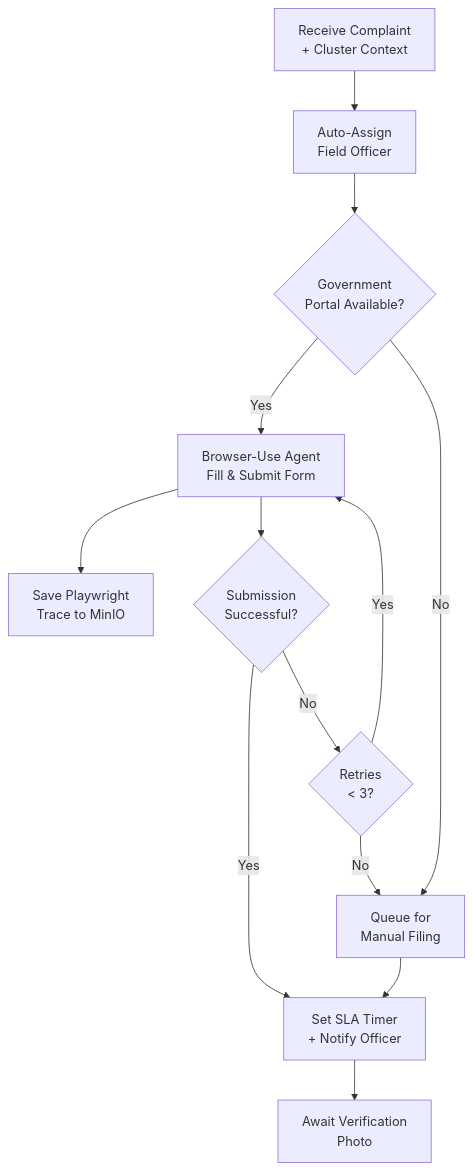
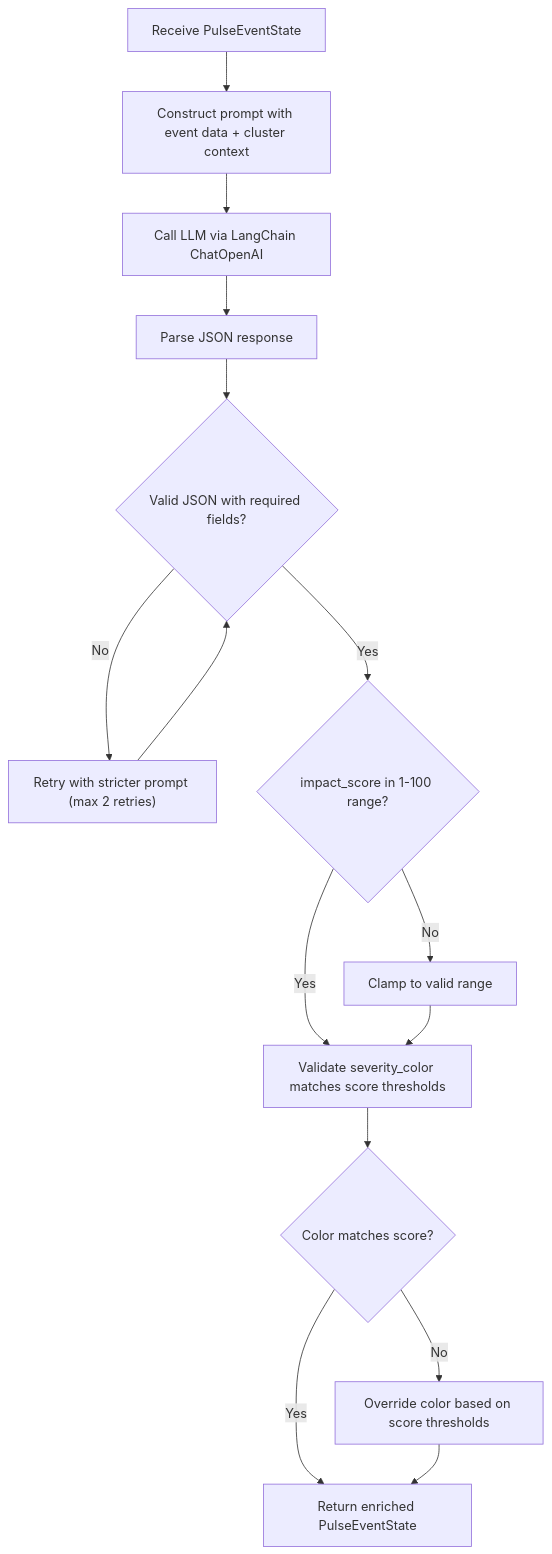
The third of 5 diagrams in docs/AGENT_SWARM.md (emmanuelmj/civix), drawn with Mermaid before and after one commit. The commit also changed other lines of this file and 4 other files, not shown here.

````diff
--- a/docs/AGENT_SWARM.md
+++ b/docs/AGENT_SWARM.md
@@ -245,20 +332,17 @@
 ```mermaid
 flowchart TD
-    INPUT["Receive Complaint\n+ Cluster Context"] --> ASSIGN["Auto-Assign\nField Officer"]
-    ASSIGN --> PORTAL{"Government\nPortal Available?"}
-    
-    PORTAL -- Yes --> BROWSER["Browser-Use Agent\nFill & Submit Form"]
-    PORTAL -- No --> MANUAL["Queue for\nManual Filing"]
-    
-    BROWSER --> RECORD["Save Playwright\nTrace to MinIO"]
-    BROWSER --> SUCCESS{"Submission\nSuccessful?"}
-    
-    SUCCESS -- Yes --> SLA["Set SLA Timer\n+ Notify Officer"]
-    SUCCESS -- No --> RETRY{"Retries\n< 3?"}
-    
-    RETRY -- Yes --> BROWSER
-    RETRY -- No --> MANUAL
-    
-    SLA --> WAIT["Await Verification\nPhoto"]
-    MANUAL --> SLA
+    A["Receive PulseEventState"] --> B["Construct prompt with event data + cluster context"]
+    B --> C["Call LLM via LangChain ChatOpenAI"]
+    C --> D["Parse JSON response"]
+    D --> E{"Valid JSON with required fields?"}
+    E -- No --> F["Retry with stricter prompt (max 2 retries)"]
+    F --> E
+    E -- Yes --> G{"impact_score in 1-100 range?"}
+    G -- No --> H["Clamp to valid range"]
+    G -- Yes --> I["Validate severity_color matches score thresholds"]
+    H --> I
+    I --> J{"Color matches score?"}
+    J -- No --> K["Override color based on score thresholds"]
+    J -- Yes --> L["Return enriched PulseEventState"]
+    K --> L
 ```
````
